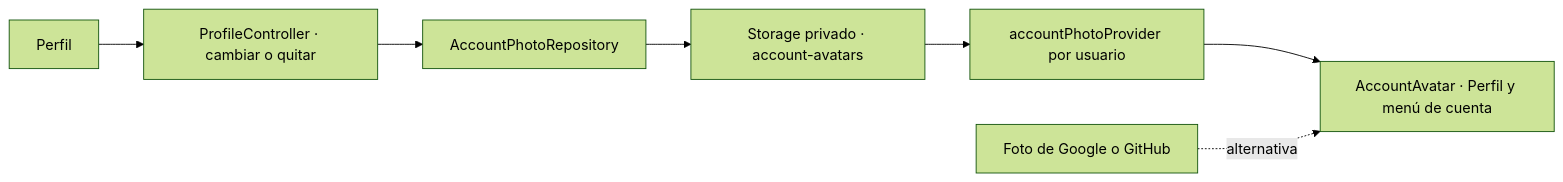
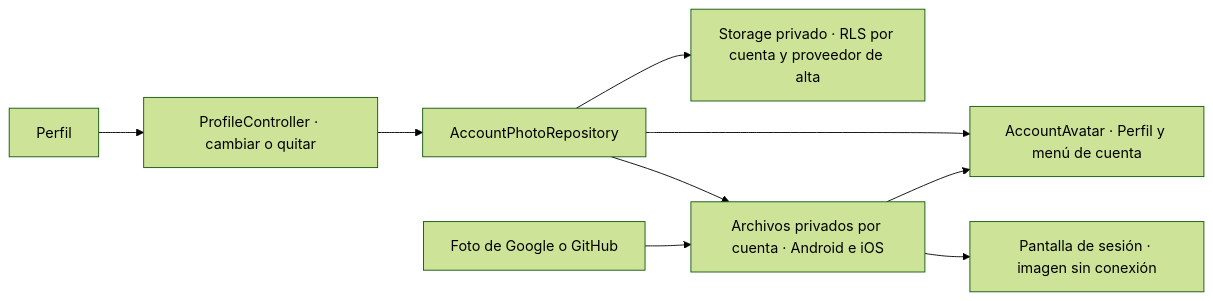
Before and after one commit to EMSiiU/casa_en_juego: the fifth of 8 diagrams in docs/MANUAL.md, drawn with Mermaid (forest theme). The commit also changed other lines of this file and 19 other files, not shown here.

First line of the commit message:
feat: enhance user profile management with offline support and avatar editing

````diff
--- a/docs/MANUAL.md
+++ b/docs/MANUAL.md
@@ -278,9 +285,11 @@
 ```mermaid
 flowchart LR
     Profile["Perfil"] --> Controller["ProfileController · cambiar o quitar"]
     Controller --> Repo["AccountPhotoRepository"]
-    Repo --> Bucket["Storage privado · account-avatars"]
-    Bucket --> Photo["accountPhotoProvider por usuario"]
-    Photo --> Avatar["AccountAvatar · Perfil y menú de cuenta"]
-    OAuth["Foto de Google o GitHub"] -. alternativa .-> Avatar
+    Repo --> Bucket["Storage privado · RLS por cuenta y proveedor de alta"]
+    Repo --> Cache["Archivos privados por cuenta · Android e iOS"]
+    OAuth["Foto de Google o GitHub"] --> Cache
+    Repo --> Avatar["AccountAvatar · Perfil y menú de cuenta"]
+    Cache --> Avatar
+    Cache --> Offline["Pantalla de sesión · imagen sin conexión"]
 ```
````
